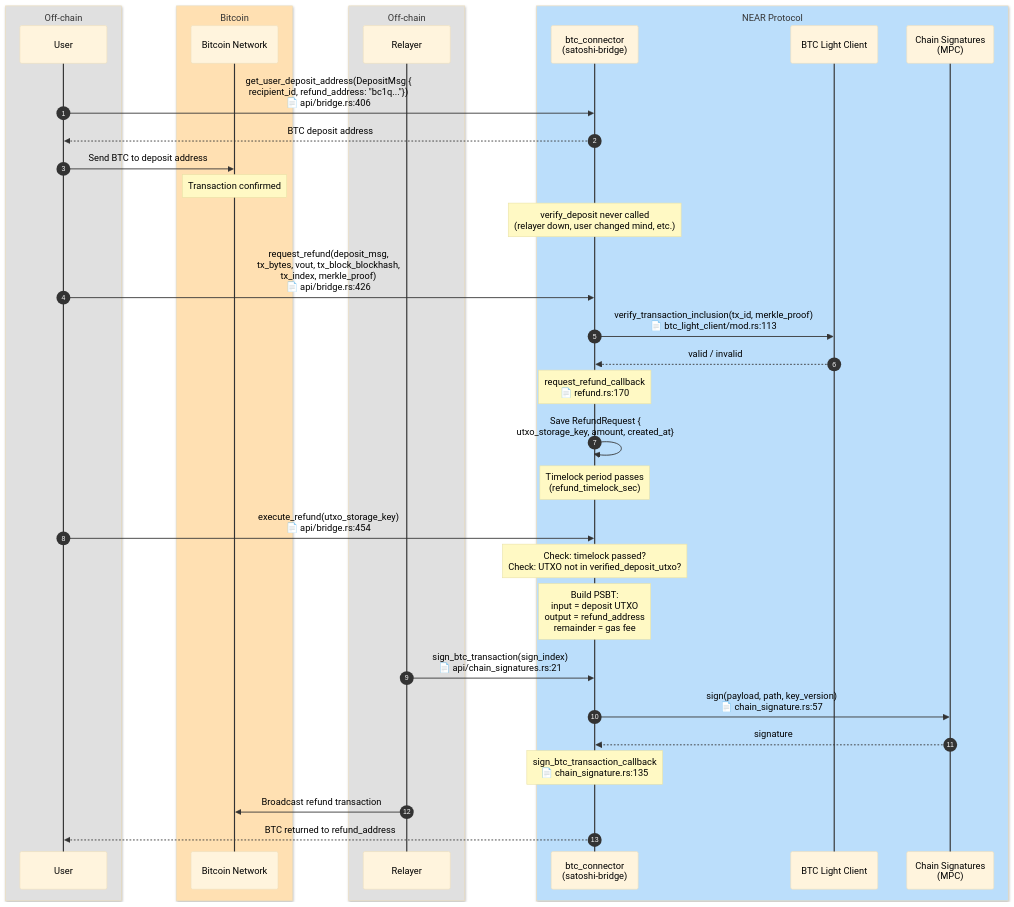
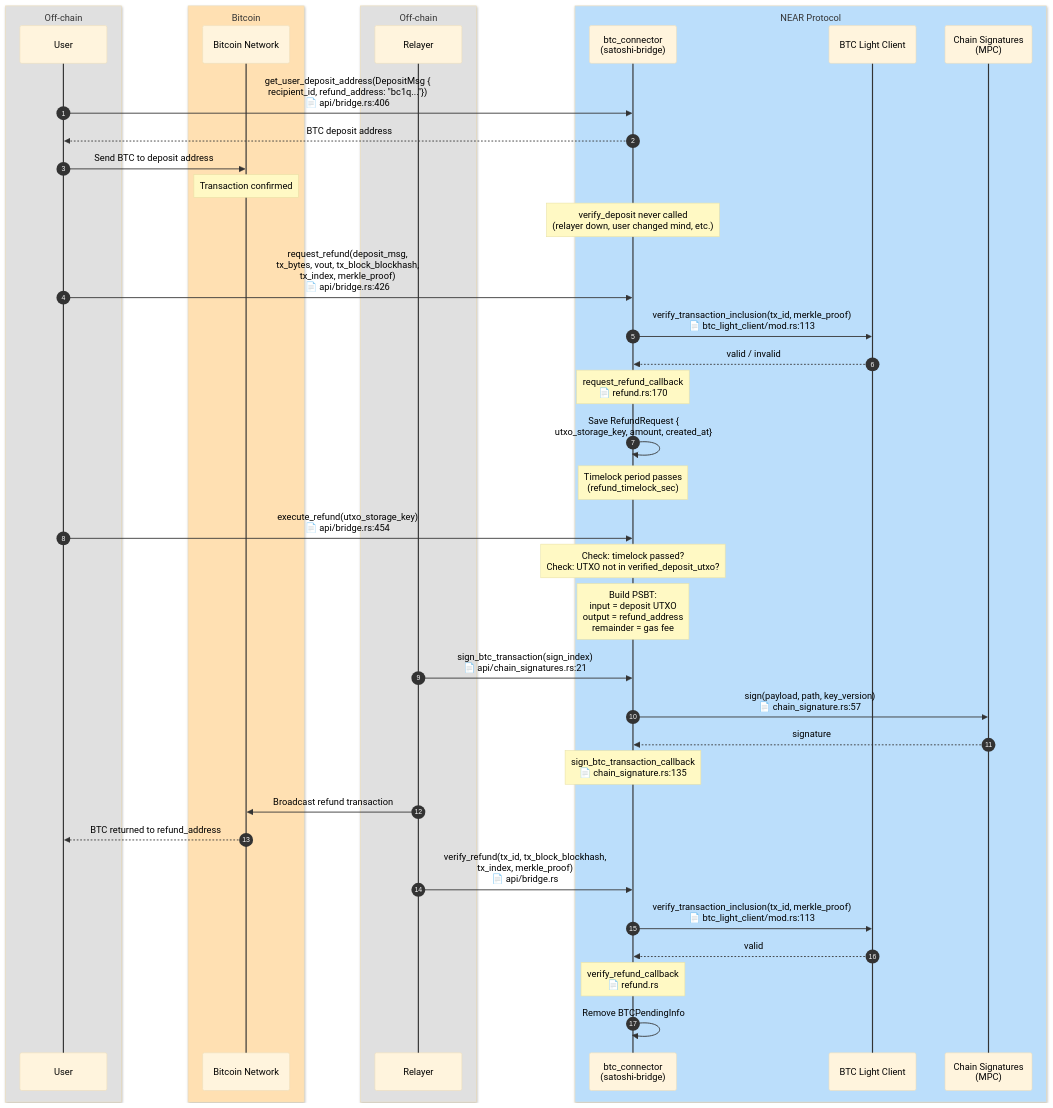
Before and after one commit to Near-One/btc-bridge: the diagram in doc/refund-flow.md, drawn with Mermaid. The commit also changed other lines of this file and 7 other files, not shown here.

Commit message:
add verify_refund

````diff
--- a/doc/refund-flow.md
+++ b/doc/refund-flow.md
@@ -23,54 +25,62 @@
 ```mermaid
 %%{init: {'theme': 'base', 'themeVariables': {'actorTextColor': '#000000', 'actorLineColor': '#333333', 'signalColor': '#333333', 'signalTextColor': '#000000', 'noteBkgColor': '#fff9c4', 'noteTextColor': '#000000', 'messageFontSize': '14px'}}}%%
 sequenceDiagram
     autonumber
 
     box rgb(224, 224, 224) Off-chain
         participant U as User
     end
 
     box rgb(255, 224, 178) Bitcoin
         participant BTC as Bitcoin Network
     end
 
     box rgb(224, 224, 224) Off-chain
         participant R as Relayer
     end
 
     box rgb(187, 222, 251) NEAR Protocol
         participant B as btc_connector<br/>(satoshi-bridge)
         participant LC as BTC Light Client
         participant MPC as Chain Signatures<br/>(MPC)
     end
 
     U->>B: get_user_deposit_address(DepositMsg {<br/>recipient_id, refund_address: "bc1q..."})<br/>📄 api/bridge.rs:406
     B-->>U: BTC deposit address
 
     U->>BTC: Send BTC to deposit address
     Note over BTC: Transaction confirmed
     Note over B: verify_deposit never called<br/>(relayer down, user changed mind, etc.)
 
     U->>B: request_refund(deposit_msg,<br/>tx_bytes, vout, tx_block_blockhash,<br/>tx_index, merkle_proof)<br/>📄 api/bridge.rs:426
 
     B->>LC: verify_transaction_inclusion(tx_id, merkle_proof)<br/>📄 btc_light_client/mod.rs:113
     LC-->>B: valid / invalid
 
     Note over B: request_refund_callback<br/>📄 refund.rs:170
     B->>B: Save RefundRequest {<br/>utxo_storage_key, amount, created_at}
 
     Note over B: Timelock period passes<br/>(refund_timelock_sec)
 
     U->>B: execute_refund(utxo_storage_key)<br/>📄 api/bridge.rs:454
     Note over B: Check: timelock passed?<br/>Check: UTXO not in verified_deposit_utxo?
     Note over B: Build PSBT:<br/>input = deposit UTXO<br/>output = refund_address<br/>remainder = gas fee
 
     R->>B: sign_btc_transaction(sign_index)<br/>📄 api/chain_signatures.rs:21
 
     B->>MPC: sign(payload, path, key_version)<br/>📄 chain_signature.rs:57
     MPC-->>B: signature
 
     Note over B: sign_btc_transaction_callback<br/>📄 chain_signature.rs:135
 
     R->>BTC: Broadcast refund transaction
-    B-->>U: BTC returned to refund_address
+    BTC-->>U: BTC returned to refund_address
+
+    R->>B: verify_refund(tx_id, tx_block_blockhash,<br/>tx_index, merkle_proof)<br/>📄 api/bridge.rs
+
+    B->>LC: verify_transaction_inclusion(tx_id, merkle_proof)<br/>📄 btc_light_client/mod.rs:113
+    LC-->>B: valid
+
+    Note over B: verify_refund_callback<br/>📄 refund.rs
+    B->>B: Remove BTCPendingInfo
 ```
````
